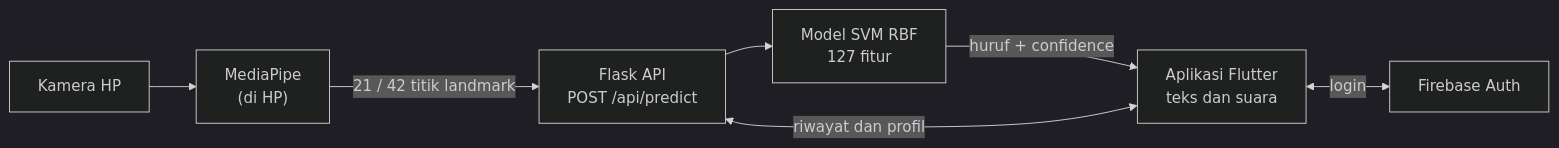
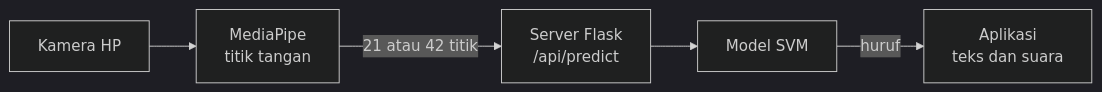
One commit to hafisc/bisindo changed the diagram in README.md. Above: the diagram before and after it, drawn with Mermaid (dark theme). The commit also changed other lines of this file and 2 other files, not shown here.

````diff
--- a/README.md
+++ b/README.md
@@ -54,9 +50,7 @@
 ```mermaid
 flowchart LR
-    A["Kamera HP"] --> B["MediaPipe<br/>(di HP)"]
-    B -- "21 / 42 titik landmark" --> C["Flask API<br/>POST /api/predict"]
-    C --> D["Model SVM RBF<br/>127 fitur"]
-    D -- "huruf + confidence" --> E["Aplikasi Flutter<br/>teks dan suara"]
-    E <-- "login" --> F["Firebase Auth"]
-    E <-- "riwayat dan profil" --> C
+    A["Kamera HP"] --> B["MediaPipe<br/>titik tangan"]
+    B -- "21 atau 42 titik" --> C["Server Flask<br/>/api/predict"]
+    C --> D["Model SVM"]
+    D -- "huruf" --> E["Aplikasi<br/>teks dan suara"]
 ```
````
